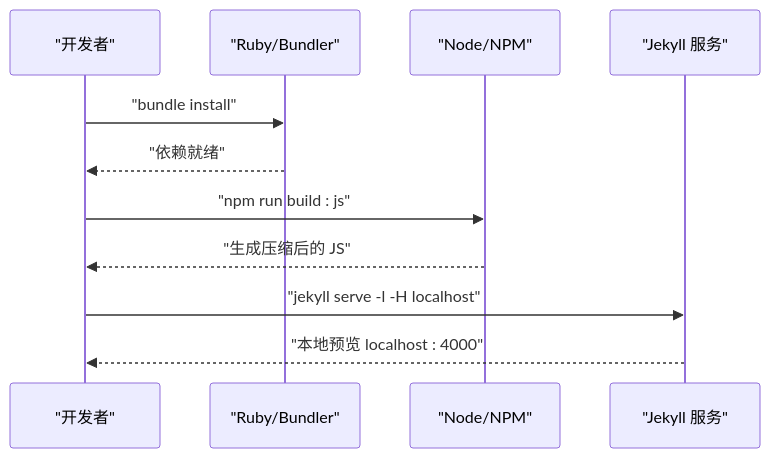
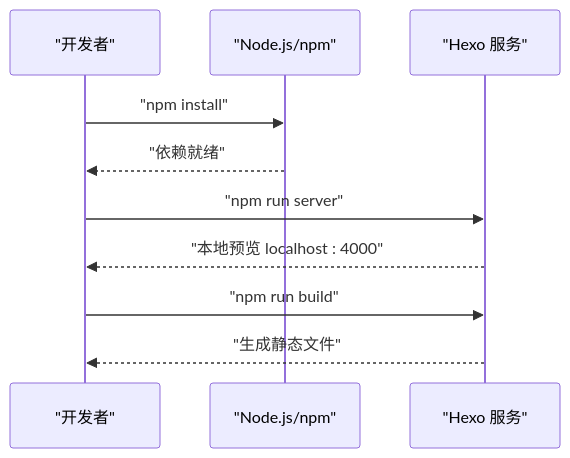
Before and after one commit to CoolPig0720/CoolPig0720.github.io: the fourth of 6 diagrams in .qoder/repowiki/zh/content/部署和维护/部署和维护.md, drawn with Mermaid. The commit also changed other lines of this file and 36 other files, not shown here.

````diff
--- a/.qoder/repowiki/zh/content/部署和维护/部署和维护.md
+++ b/.qoder/repowiki/zh/content/部署和维护/部署和维护.md
@@ -206,13 +207,12 @@
 ```mermaid
 sequenceDiagram
 participant Dev as "开发者"
-participant Ruby as "Ruby/Bundler"
-participant Node as "Node/NPM"
-participant Jekyll as "Jekyll 服务"
-Dev->>Ruby : "bundle install"
-Ruby-->>Dev : "依赖就绪"
-Dev->>Node : "npm run build : js"
-Node-->>Dev : "生成压缩后的 JS"
-Dev->>Jekyll : "jekyll serve -l -H localhost"
-Jekyll-->>Dev : "本地预览 localhost : 4000"
+participant Node as "Node.js/npm"
+participant Hexo as "Hexo 服务"
+Dev->>Node : "npm install"
+Node-->>Dev : "依赖就绪"
+Dev->>Hexo : "npm run server"
+Hexo-->>Dev : "本地预览 localhost : 4000"
+Dev->>Hexo : "npm run build"
+Hexo-->>Dev : "生成静态文件"
 ```
````
